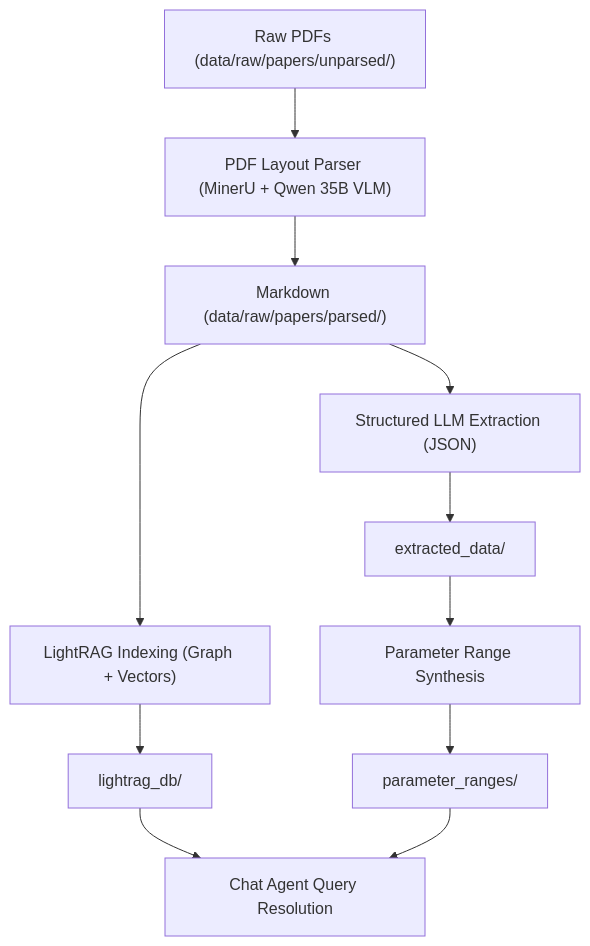
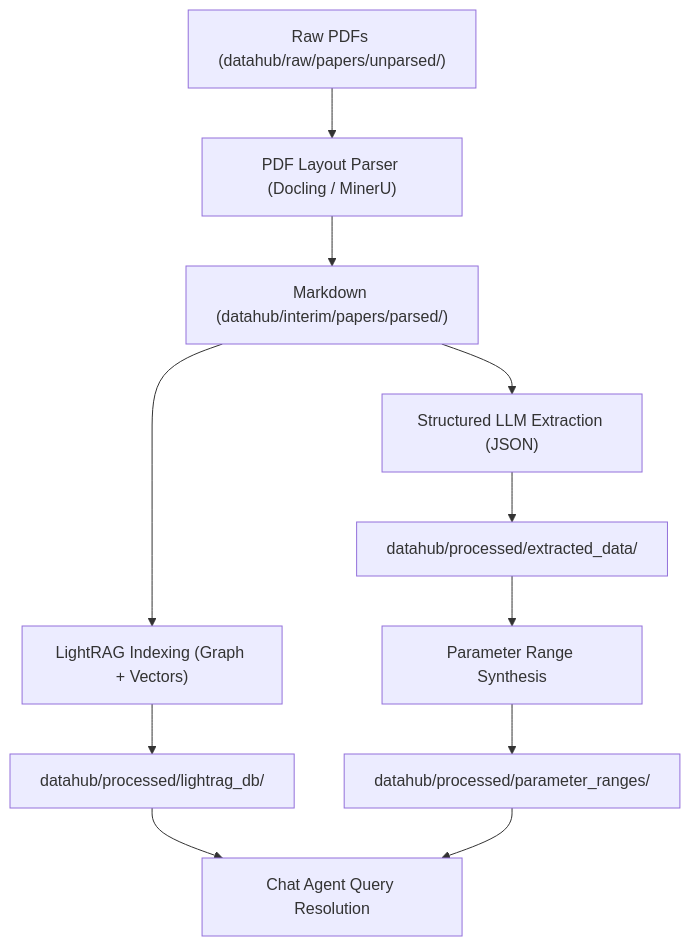
One commit to TANG-LAB-WHU/oneLCA-TEA_Phosphogypsum changed the diagram in docs/knowledge_graph_pipeline.md. Above: the diagram before and after it, drawn with Mermaid. The commit also changed other lines of this file and 157 other files, not shown here.

First line of the commit message:
feat(release): bump version to 0.7.0 with DataHub architecture, Qwen3.8-Flash-Next, and VPM integration

````diff
--- a/docs/knowledge_graph_pipeline.md
+++ b/docs/knowledge_graph_pipeline.md
@@ -11,16 +11,16 @@
 ```mermaid
 graph TD
-    Raw["Raw PDFs (data/raw/papers/unparsed/)"] --> Parser["PDF Layout Parser (MinerU + Qwen 35B VLM)"]
-    Parser --> Parsed["Markdown (data/raw/papers/parsed/)"]
+    Raw["Raw PDFs (datahub/raw/papers/unparsed/)"] --> Parser["PDF Layout Parser (Docling / MinerU)"]
+    Parser --> Parsed["Markdown (datahub/interim/papers/parsed/)"]
     Parsed --> Index["LightRAG Indexing (Graph + Vectors)"]
     Parsed --> Extractor["Structured LLM Extraction (JSON)"]
     
-    Index --> DB["lightrag_db/"]
-    Extractor --> JSON["extracted_data/"]
+    Index --> DB["datahub/processed/lightrag_db/"]
+    Extractor --> JSON["datahub/processed/extracted_data/"]
     
     JSON --> Stats["Parameter Range Synthesis"]
-    Stats --> RangeDB["parameter_ranges/"]
+    Stats --> RangeDB["datahub/processed/parameter_ranges/"]
     
     DB --> Agent["Chat Agent Query Resolution"]
     RangeDB --> Agent
 ```
````
